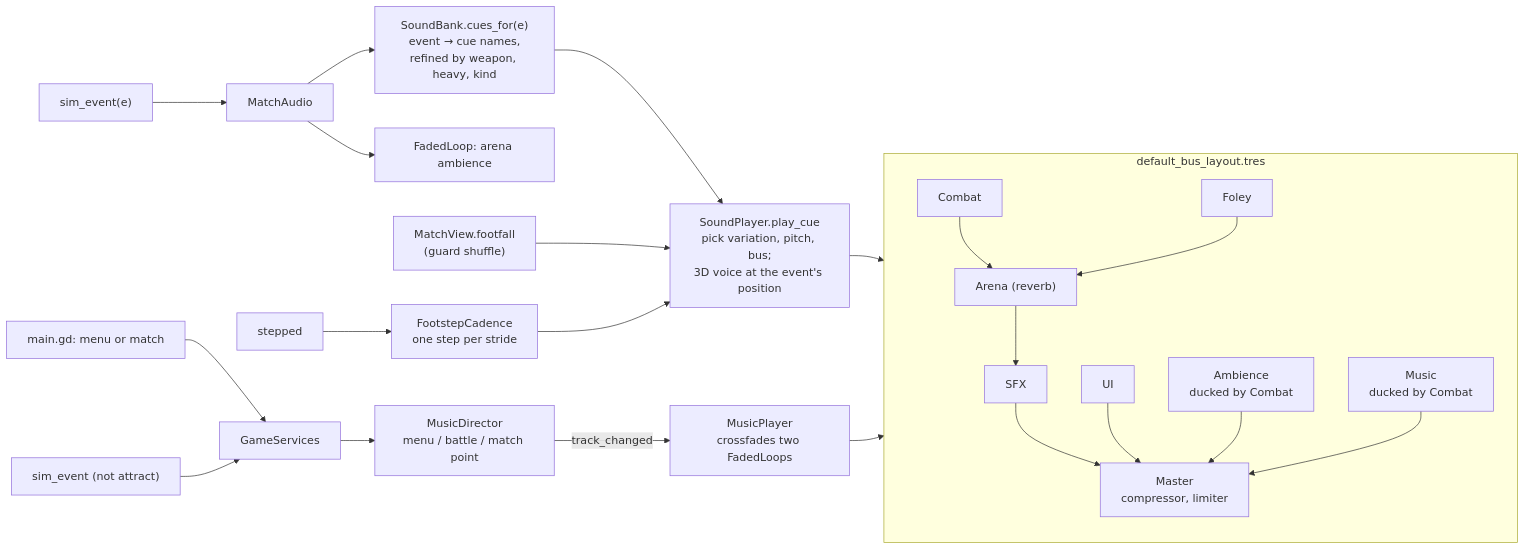
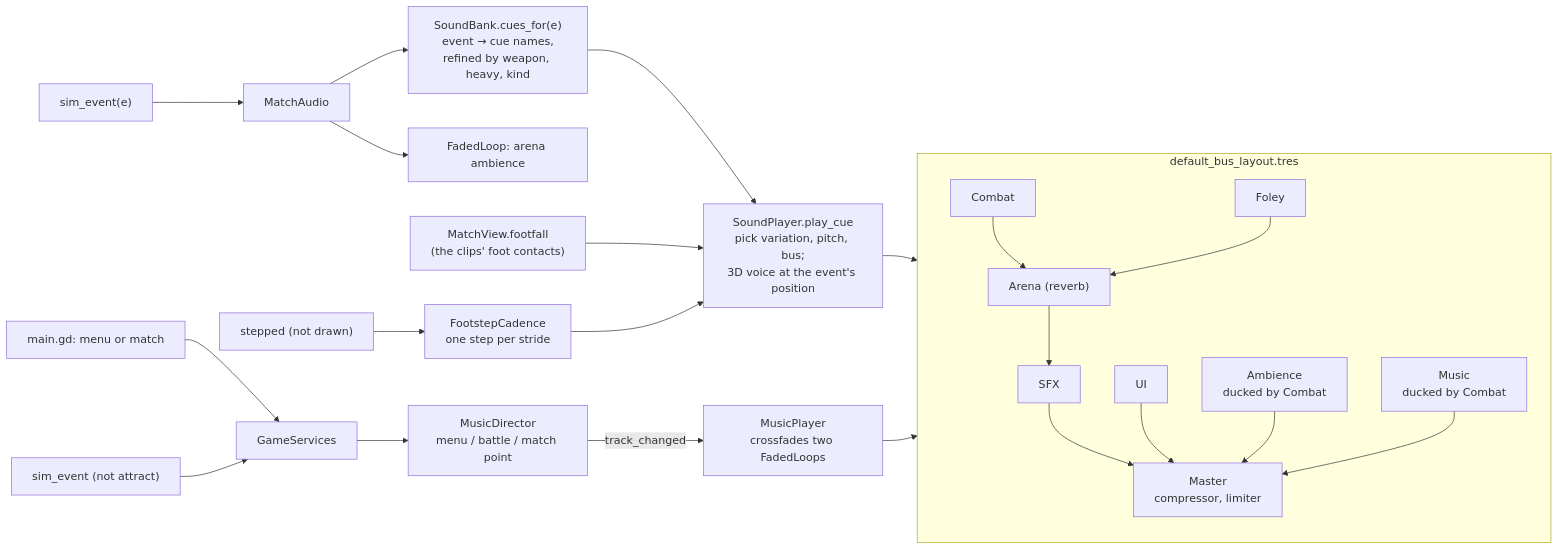
Before and after one commit to Amwagner45/monomachia: diagram 16 of 22 in docs/architecture.md, drawn with Mermaid. The commit also changed other lines of this file and 26 other files, not shown here.

````diff
--- a/docs/architecture.md
+++ b/docs/architecture.md
@@ -780,27 +777,27 @@
 ```mermaid
 flowchart LR
     EV["sim_event(e)"] --> MA["MatchAudio"]
     MA --> SB["SoundBank.cues_for(e)<br/>event → cue names,<br/>refined by weapon, heavy, kind"]
     SB --> SP["SoundPlayer.play_cue<br/>pick variation, pitch, bus;<br/>3D voice at the event's position"]
-    ST["stepped"] --> FC["FootstepCadence<br/>one step per stride"] --> SP
-    SH["MatchView.footfall<br/>(guard shuffle)"] --> SP
+    ST["stepped (not drawn)"] --> FC["FootstepCadence<br/>one step per stride"] --> SP
+    SH["MatchView.footfall<br/>(the clips' foot contacts)"] --> SP
     MA --> AMB["FadedLoop: arena ambience"]
 
     MM["main.gd: menu or match"] --> GS["GameServices"]
     EV2["sim_event (not attract)"] --> GS
     GS --> MD["MusicDirector<br/>menu / battle / match point"]
     MD -- track_changed --> MP["MusicPlayer<br/>crossfades two FadedLoops"]
 
     subgraph BUSES["default_bus_layout.tres"]
         direction TB
         COMBAT["Combat"] --> ARENA["Arena (reverb)"]
         FOLEY["Foley"] --> ARENA
         ARENA --> SFX["SFX"]
         SFX --> MASTER["Master<br/>compressor, limiter"]
         UIB["UI"] --> MASTER
         AMBB["Ambience<br/>ducked by Combat"] --> MASTER
         MUS["Music<br/>ducked by Combat"] --> MASTER
     end
     SP --> COMBAT
     MP --> MUS
 ```
````
